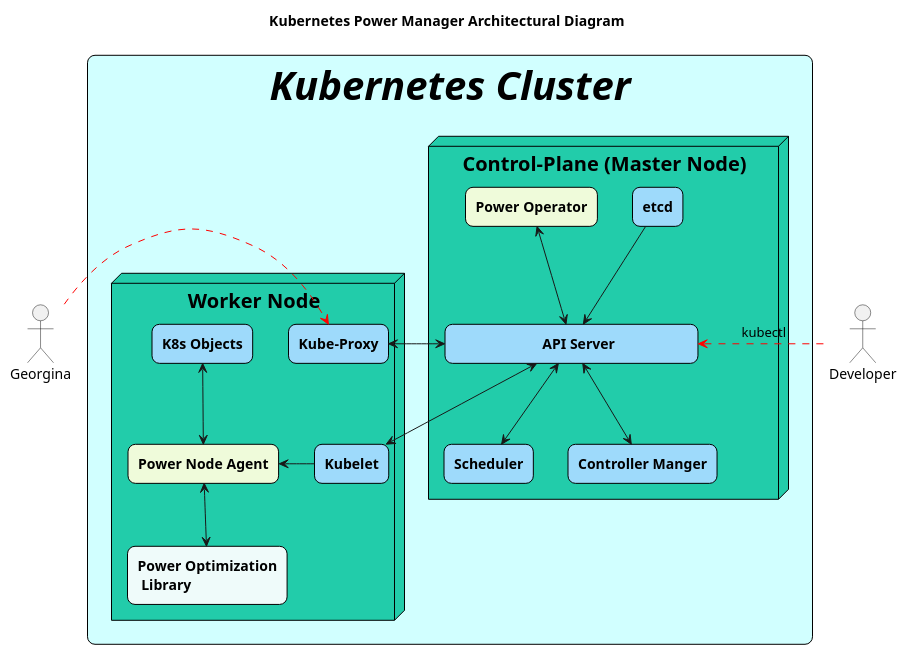
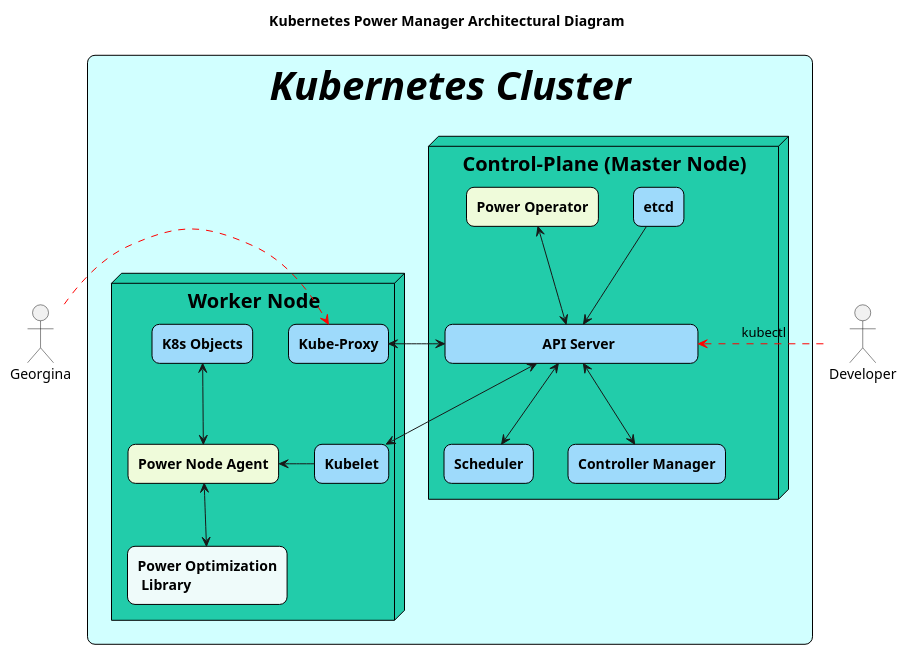
One commit to intel/kubernetes-power-manager changed the diagram in diagrams-docs/power-arch.puml. Above: the diagram before and after it, drawn with PlantUML. The commit also changed 16 other files, not shown here.

```diff
--- a/diagrams-docs/power-arch.puml
+++ b/diagrams-docs/power-arch.puml
@@ -1,71 +1,71 @@
 @startuml
 
 <style>
 node {
   BackGroundColor #22ccaa
   LineThickness 1
   LineColor black
   FontSize 20
 }
 
 rectangle {
   BackGroundColor #d1ffff
   LineThickness 1
   LineColor black
   FontSize 40
   FontStyle italic
 }
 
 agent {
   BackGroundColor #9edafb
   LineThickness 1
   LineColor black
 }
 </style>
 
 
 actor Developer
 actor Georgina
 
 title <b>Kubernetes Power Manager Architectural Diagram
 skinparam roundCorner 15
 rectangle "<b>Kubernetes Cluster" {
 
 node "<b>Control-Plane (Master Node)" {
 
 agent "<b>etcd" as etcd 
 agent "<b>Power Operator" as po #effbda
 agent "\t\t\t<b>API Server\t\t\t" as api 
 agent "<b>Scheduler" as sch 
-agent "<b>Controller Manger" as cm 
+agent "<b>Controller Manager" as cm 
 
 etcd -down-> api 
 po <--> api
 api <--> sch 
 api <-down-> cm
 
 
 }
 
 Developer -left-> api #red;line.dashed : kubectl
 
 node "<b>Worker Node" {
 
 agent "<b>Kube-Proxy" as proxy
 agent "<b>Kubelet" as kube 
 agent "<b>Power Node Agent" as pna #effbda
 agent "<b>Power Optimization\n <b>Library" as pol #effbfa
 agent "<b>K8s Objects" as obj 
 
 pna <-right- kube
 pna <--> pol 
 obj <-down-> pna
 }
 
 
 proxy <-Left- Georgina #red;line.dashed;
 api <-ri-> proxy
 api <--> kube
 }
 
 @enduml
```
